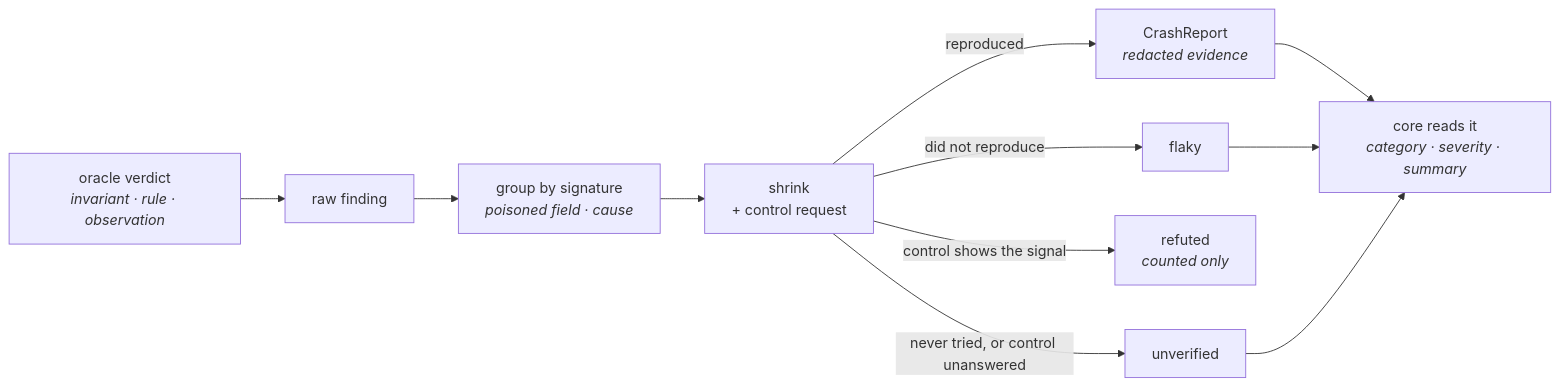
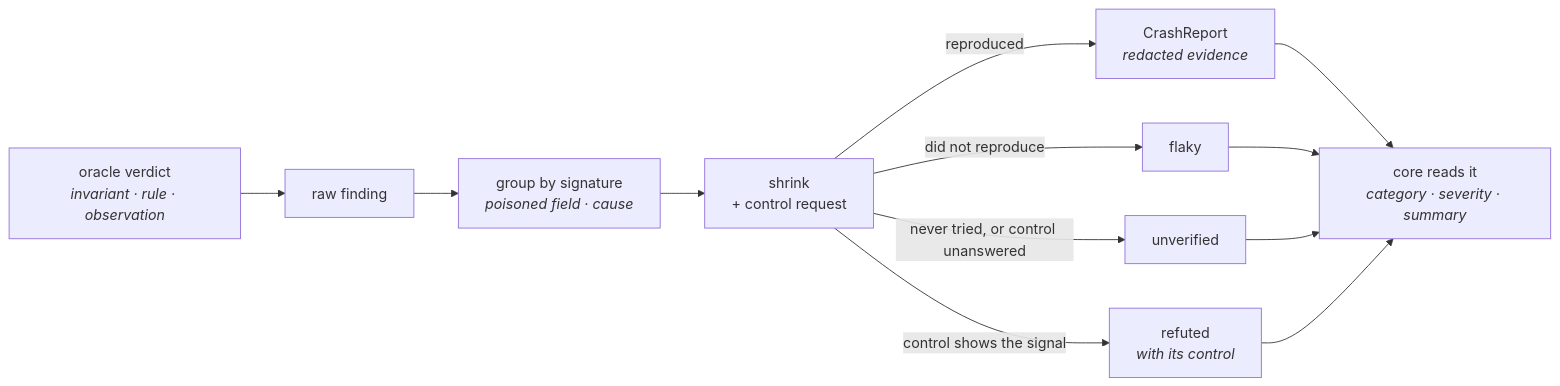
The diagram in docs/modules/specforge-engine/findings.md (Spec-Forge-Testing/specforge-docs), drawn with Mermaid before and after one commit. The commit also changed other lines of this file and 30 other files, not shown here.

````diff
--- a/docs/modules/specforge-engine/findings.md
+++ b/docs/modules/specforge-engine/findings.md
@@ -10,13 +10,14 @@
 ```mermaid
 flowchart LR
     O["oracle verdict<br/><i>invariant · rule · observation</i>"] --> R[raw finding]
     R --> G["group by signature<br/><i>poisoned field · cause</i>"]
     G --> S["shrink<br/>+ control request"]
     S -->|reproduced| C["CrashReport<br/><i>redacted evidence</i>"]
     S -->|did not reproduce| F[flaky]
-    S -->|control shows the signal| X["refuted<br/><i>counted only</i>"]
+    S -->|control shows the signal| X["refuted<br/><i>with its control</i>"]
     S -->|never tried, or control unanswered| U[unverified]
     C --> K["core reads it<br/><i>category · severity · summary</i>"]
     F --> K
     U --> K
+    X --> K
 ```
````
